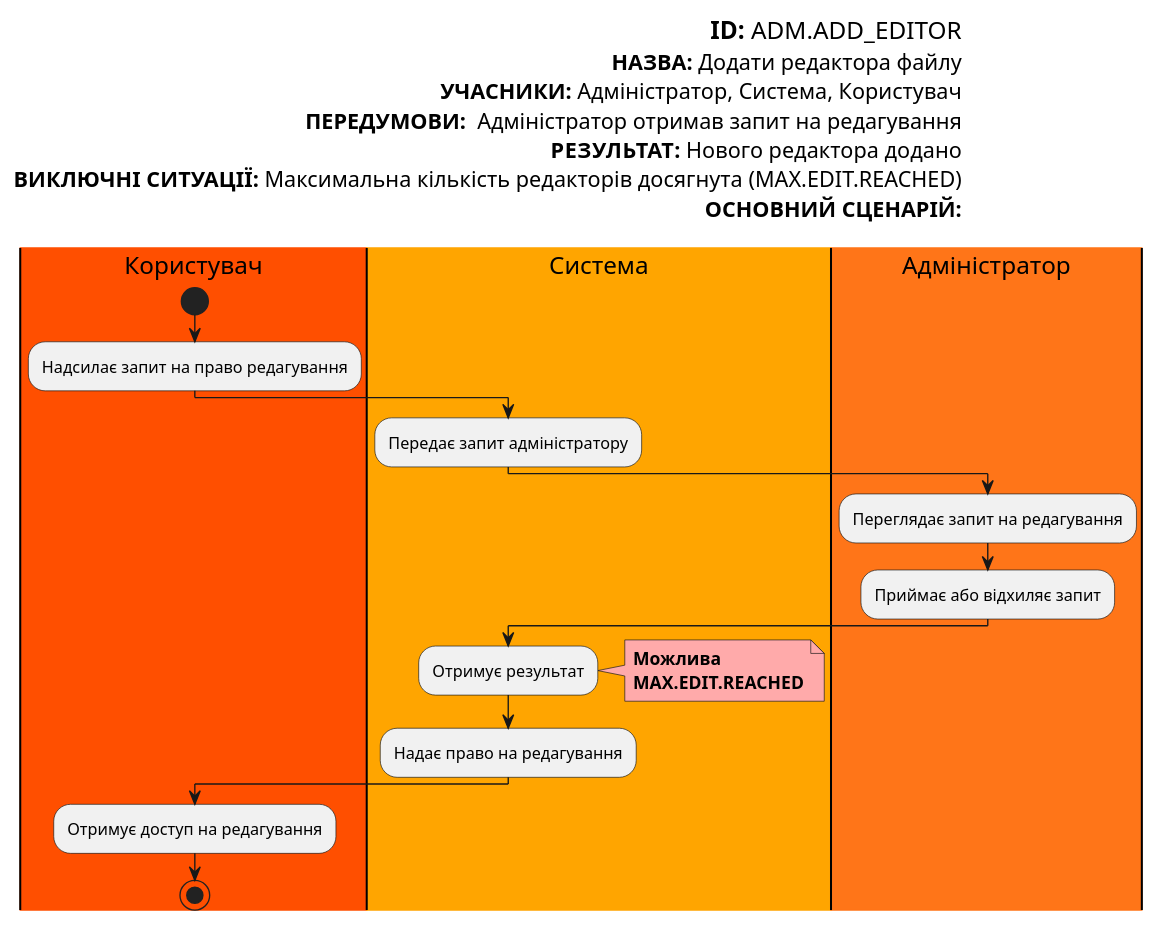
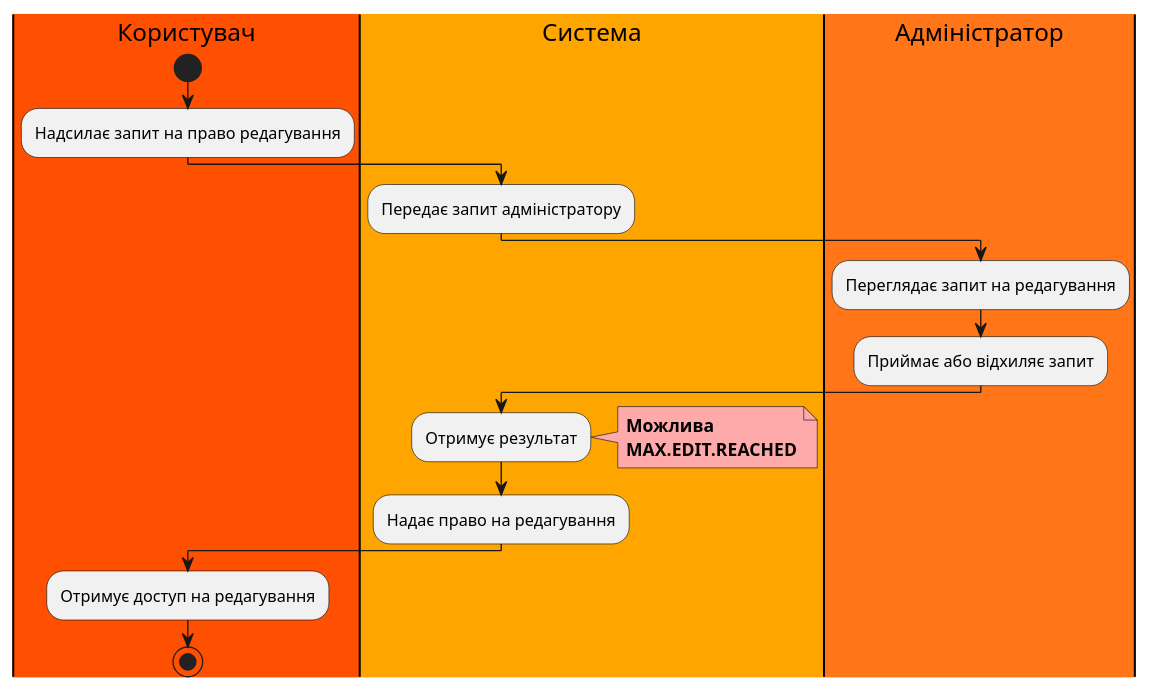
One commit to boldak/edu-db-cw changed the ninth of 16 diagrams in docs/use cases/README.md. Above: the diagram before and after it, drawn with PlantUML. The commit also changed other lines of this file, not shown here.

```diff
--- a/docs/use cases/README.md
+++ b/docs/use cases/README.md
@@ -305,33 +288,22 @@
 @startuml
-
-left header
-<font color=000 size=18><b>ID:</b> ADM.ADD_EDITOR
-<font color=000 size=16><b>НАЗВА:</b> Додати редактора файлу
-<font color=000 size=16><b>УЧАСНИКИ:</b> Адміністратор, Система, Користувач
-<font color=000 size=16><b>ПЕРЕДУМОВИ:</b>  Адміністратор отримав запит на редагування
-<font color=000 size=16><b>РЕЗУЛЬТАТ:</b> Нового редактора додано
-<font color=000 size=16><b>ВИКЛЮЧНІ СИТУАЦІЇ:</b> Максимальна кількість редакторів досягнута (MAX.EDIT.REACHED)
-<font color=000 size=16><b>ОСНОВНИЙ СЦЕНАРІЙ:</b>
-
-end header
 
 
 |#FF4F00|Користувач|
   start
   :Надсилає запит на право редагування;
 |#FFA500|Система|
   :Передає запит адміністратору;
 |#FF7518|Адміністратор|
   :Переглядає запит на редагування;
   :Приймає або відхиляє запит;
 |Система|
   :Отримує результат;
   note right #ffaaaa
   <b>Можлива</b>
   <b>MAX.EDIT.REACHED</b>
    end note
   :Надає право на редагування;
 |Користувач|
   :Отримує доступ на редагування;
   stop;
 @enduml
```
